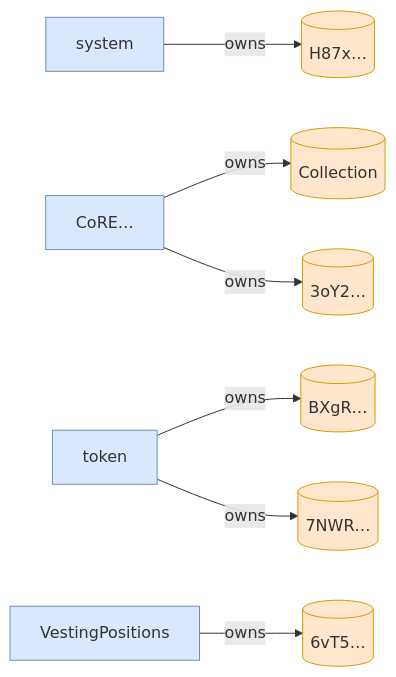
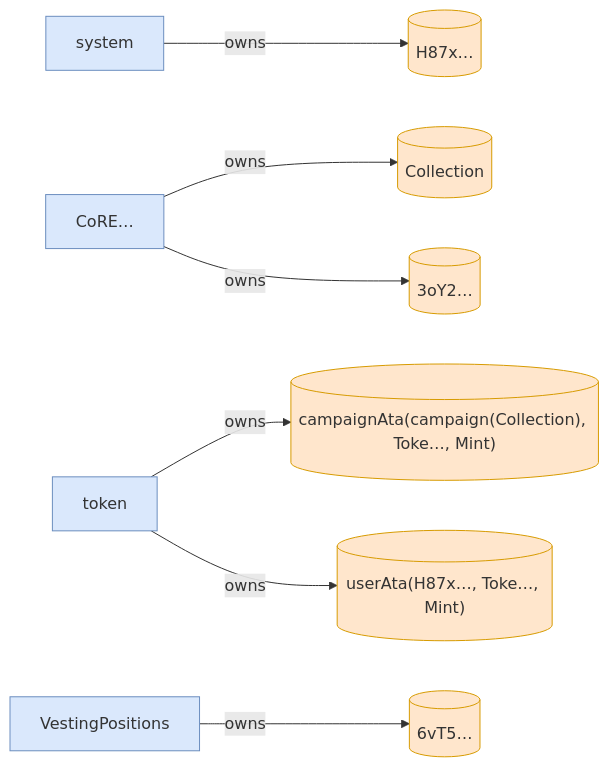
One commit to cds-turbin3/vesting-position changed diagram 18 of 18 in babelfish-tests/test-report/scenario_2_two_users_transfer_and_bob_claims_both.md. Above: the diagram before and after it, drawn with Mermaid. The commit also changed other lines of this file and 51 other files, not shown here.

````diff
--- a/babelfish-tests/test-report/scenario_2_two_users_transfer_and_bob_claims_both.md
+++ b/babelfish-tests/test-report/scenario_2_two_users_transfer_and_bob_claims_both.md
@@ -689,22 +658,22 @@
 ```mermaid
 flowchart LR
     system["system"]:::program
     H87x[("H87x…")]:::state
     CoRE["CoRE…"]:::program
     Collection[("Collection")]:::state
     token["token"]:::program
-    BXgR[("BXgR…")]:::state
-    7NWR[("7NWR…")]:::state
+    campaignAtacampaignCollectionTokeMint[("campaignAta(campaign(Collection), Toke…, Mint)")]:::state
+    userAtaH87xTokeMint[("userAta(H87x…, Toke…, Mint)")]:::state
     3oY2[("3oY2…")]:::state
     VestingPositions["VestingPositions"]:::program
     6vT5[("6vT5…")]:::state
     system -->|owns| H87x
     CoRE -->|owns| Collection
-    token -->|owns| BXgR
-    token -->|owns| 7NWR
+    token -->|owns| campaignAtacampaignCollectionTokeMint
+    token -->|owns| userAtaH87xTokeMint
     CoRE -->|owns| 3oY2
     VestingPositions -->|owns| 6vT5
     classDef program fill:#dae8fc,stroke:#6c8ebf;
     classDef signer fill:#d5e8d4,stroke:#82b366;
     classDef state fill:#ffe6cc,stroke:#d79b00;
 ```
````
